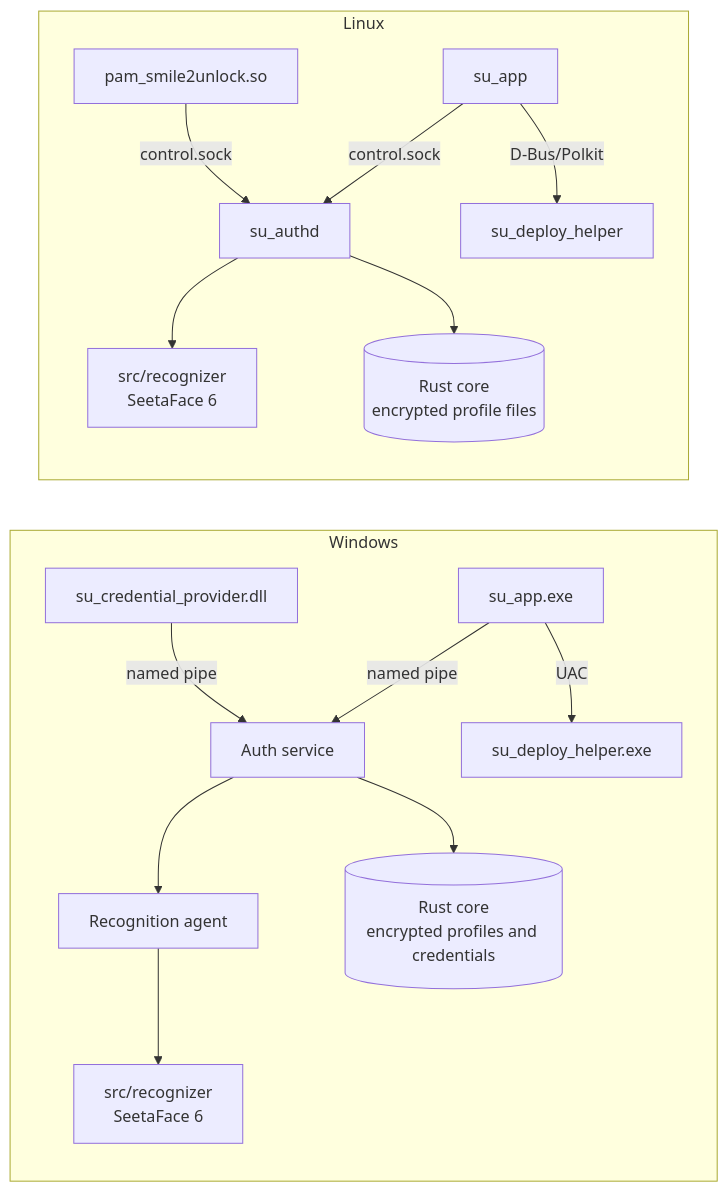
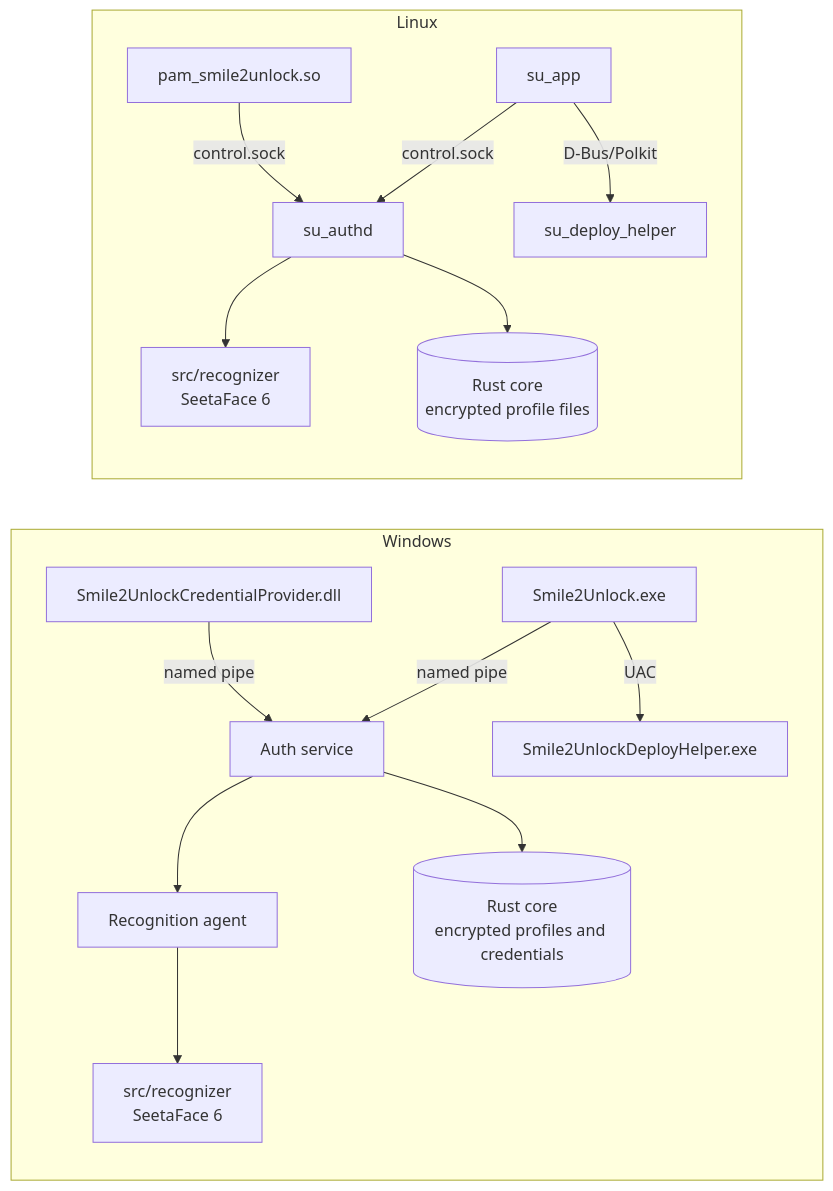
One commit to Smile2Unlock/Smile2Unlock_v2 changed the diagram in README.md. Above: the diagram before and after it, drawn with Mermaid. The commit also changed other lines of this file and 24 other files, not shown here.

````diff
--- a/README.md
+++ b/README.md
@@ -106,18 +106,18 @@
 ```mermaid
 flowchart LR
     subgraph Windows
-        CP[su_credential_provider.dll] -- named pipe --> SERVICE[Auth service]
-        GUIW[su_app.exe] -- named pipe --> SERVICE
+        CP[Smile2UnlockCredentialProvider.dll] -- named pipe --> SERVICE[Auth service]
+        GUIW[Smile2Unlock.exe] -- named pipe --> SERVICE
         SERVICE --> AGENT[Recognition agent]
         AGENT --> REC[src/recognizer<br/>SeetaFace 6]
         SERVICE --> CORE[(Rust core<br/>encrypted profiles and credentials)]
-        GUIW -- UAC --> HELPER[su_deploy_helper.exe]
+        GUIW -- UAC --> HELPER[Smile2UnlockDeployHelper.exe]
     end
     subgraph Linux
         PAM[pam_smile2unlock.so] -- control.sock --> AUTHD[su_authd]
         AUTHD --> REC2[src/recognizer<br/>SeetaFace 6]
         AUTHD --> CORE2[(Rust core<br/>encrypted profile files)]
         GUI[su_app] -- control.sock --> AUTHD
         GUI -- D-Bus/Polkit --> HELPER2[su_deploy_helper]
     end
 ```
````
